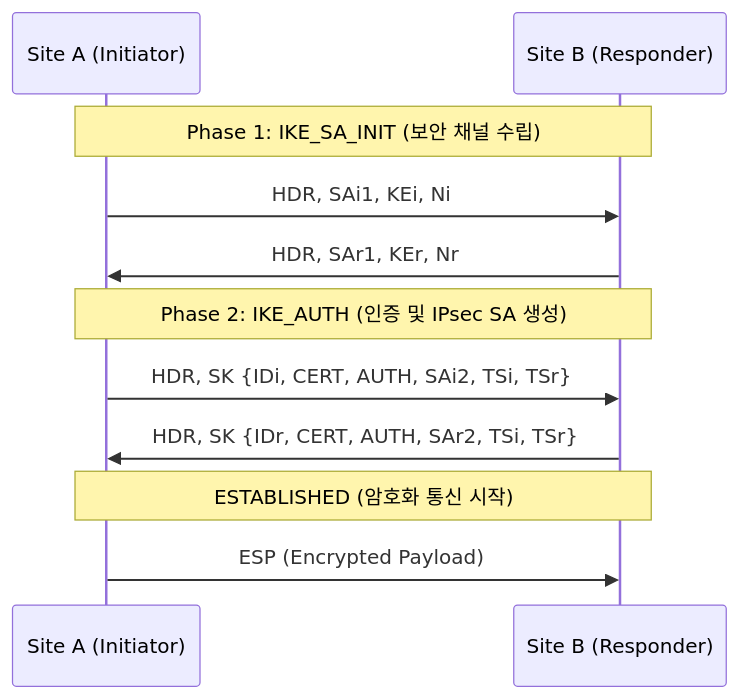
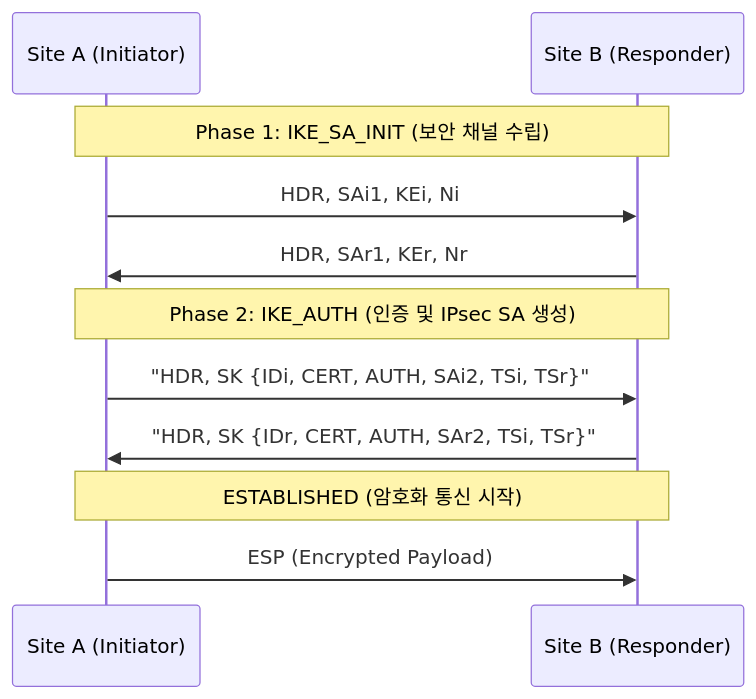
Before and after one commit to HamaPr/HamaPr.github.io: the diagram in _posts/security-solutions/2025-09-02-StrongSwan_study.md, drawn with Mermaid. The commit also changed other lines of this file and 24 other files, not shown here.

````diff
--- a/_posts/security-solutions/2025-09-02-StrongSwan_study.md
+++ b/_posts/security-solutions/2025-09-02-StrongSwan_study.md
@@ -27,16 +29,16 @@
 ```mermaid
 sequenceDiagram
     participant A as Site A (Initiator)
     participant B as Site B (Responder)
     
     Note over A,B: Phase 1: IKE_SA_INIT (보안 채널 수립)
     A->>B: HDR, SAi1, KEi, Ni
     B->>A: HDR, SAr1, KEr, Nr
     
     Note over A,B: Phase 2: IKE_AUTH (인증 및 IPsec SA 생성)
-    A->>B: HDR, SK {IDi, CERT, AUTH, SAi2, TSi, TSr}
-    B->>A: HDR, SK {IDr, CERT, AUTH, SAr2, TSi, TSr}
+    A->>B: "HDR, SK {IDi, CERT, AUTH, SAi2, TSi, TSr}"
+    B->>A: "HDR, SK {IDr, CERT, AUTH, SAr2, TSi, TSr}"
     
     Note over A,B: ESTABLISHED (암호화 통신 시작)
     A->>B: ESP (Encrypted Payload)
 ```
````
